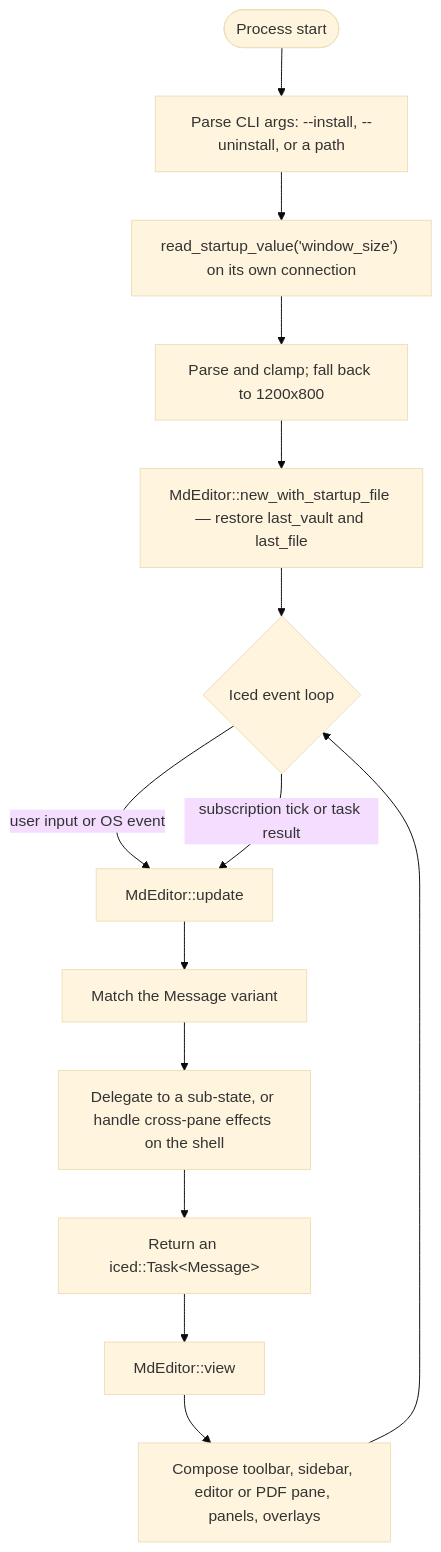
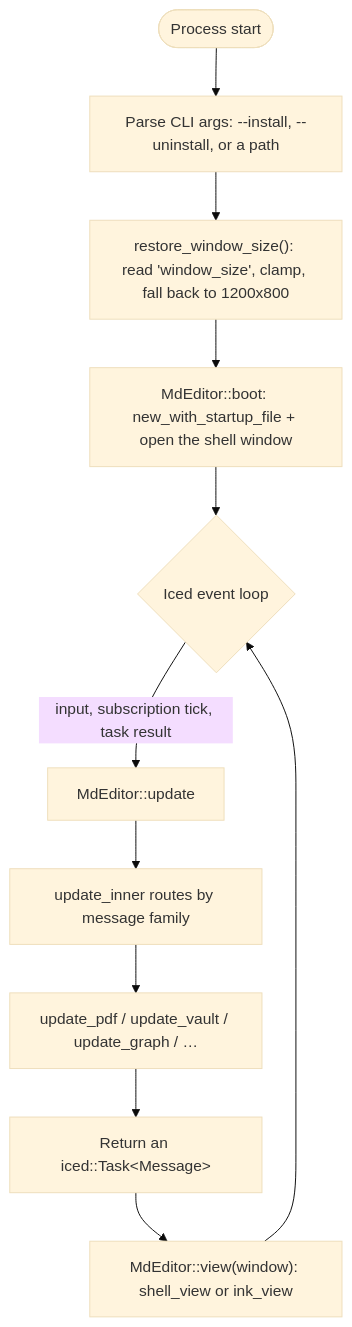
One commit to Suranjan77/md-editor changed the first of 2 diagrams in wiki/Native-Desktop-GUI.md. Above: the diagram before and after it, drawn with Mermaid (base theme). The commit also changed other lines of this file and 45 other files, not shown here.

````diff
--- a/wiki/Native-Desktop-GUI.md
+++ b/wiki/Native-Desktop-GUI.md
@@ -28,19 +28,13 @@
 ```mermaid
 flowchart TD
     Init(["Process start"]) --> Cli["Parse CLI args: --install, --uninstall, or a path"]
-    Cli --> Geometry["read_startup_value('window_size') on its own connection"]
-    Geometry --> Clamp["Parse and clamp; fall back to 1200x800"]
-    Clamp --> Construct["MdEditor::new_with_startup_file — restore last_vault and last_file"]
-    Construct --> EventLoop{"Iced event loop"}
-
-    EventLoop -->|"user input or OS event"| Update["MdEditor::update"]
-    EventLoop -->|"subscription tick or task result"| Update
-
-    Update --> HandleMsg["Match the Message variant"]
-    HandleMsg --> Delegate["Delegate to a sub-state, or handle cross-pane effects on the shell"]
-    Delegate --> ReturnTask["Return an iced::Task&lt;Message&gt;"]
-
-    ReturnTask --> View["MdEditor::view"]
-    View --> Layout["Compose toolbar, sidebar, editor or PDF pane, panels, overlays"]
-    Layout --> EventLoop
+    Cli --> Geometry["restore_window_size(): read 'window_size', clamp, fall back to 1200x800"]
+    Geometry --> Boot["MdEditor::boot: new_with_startup_file + open the shell window"]
+    Boot --> EventLoop{"Iced event loop"}
+    EventLoop -->|"input, subscription tick, task result"| Update["MdEditor::update"]
+    Update --> Router["update_inner routes by message family"]
+    Router --> Handler["update_pdf / update_vault / update_graph / …"]
+    Handler --> ReturnTask["Return an iced::Task&lt;Message&gt;"]
+    ReturnTask --> View["MdEditor::view(window): shell_view or ink_view"]
+    View --> EventLoop
 ```
````
